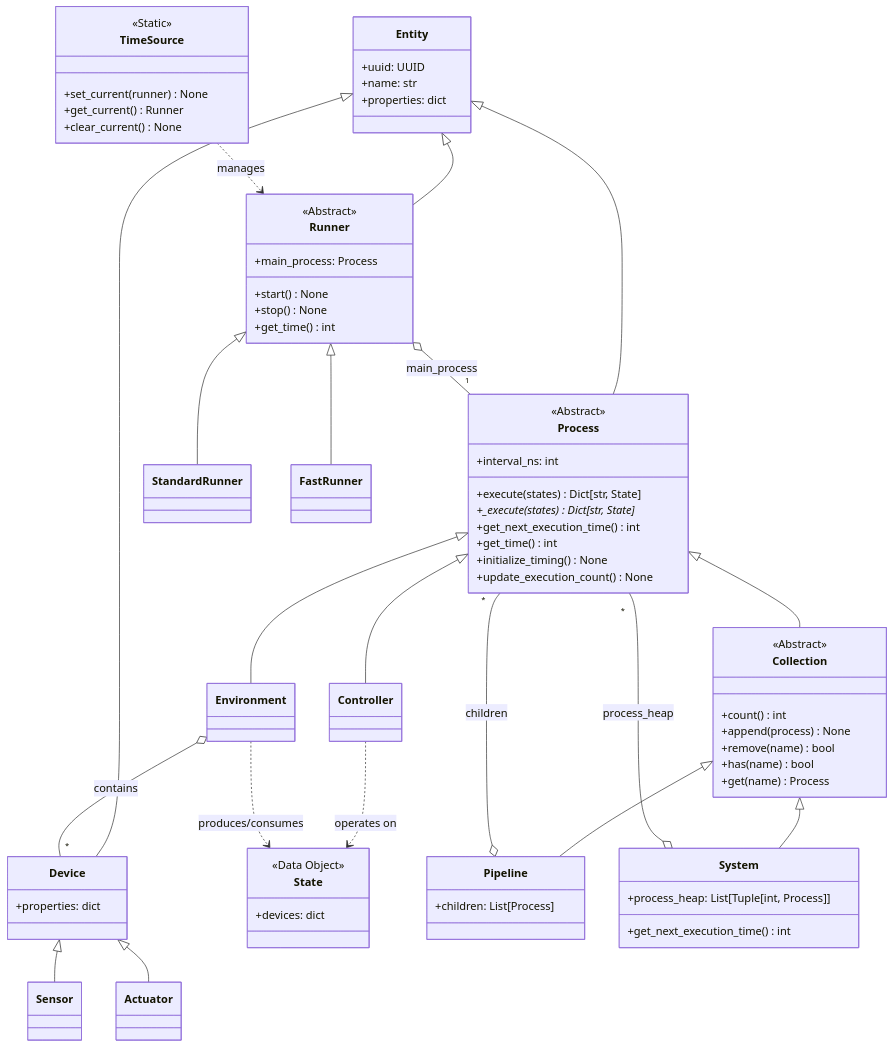
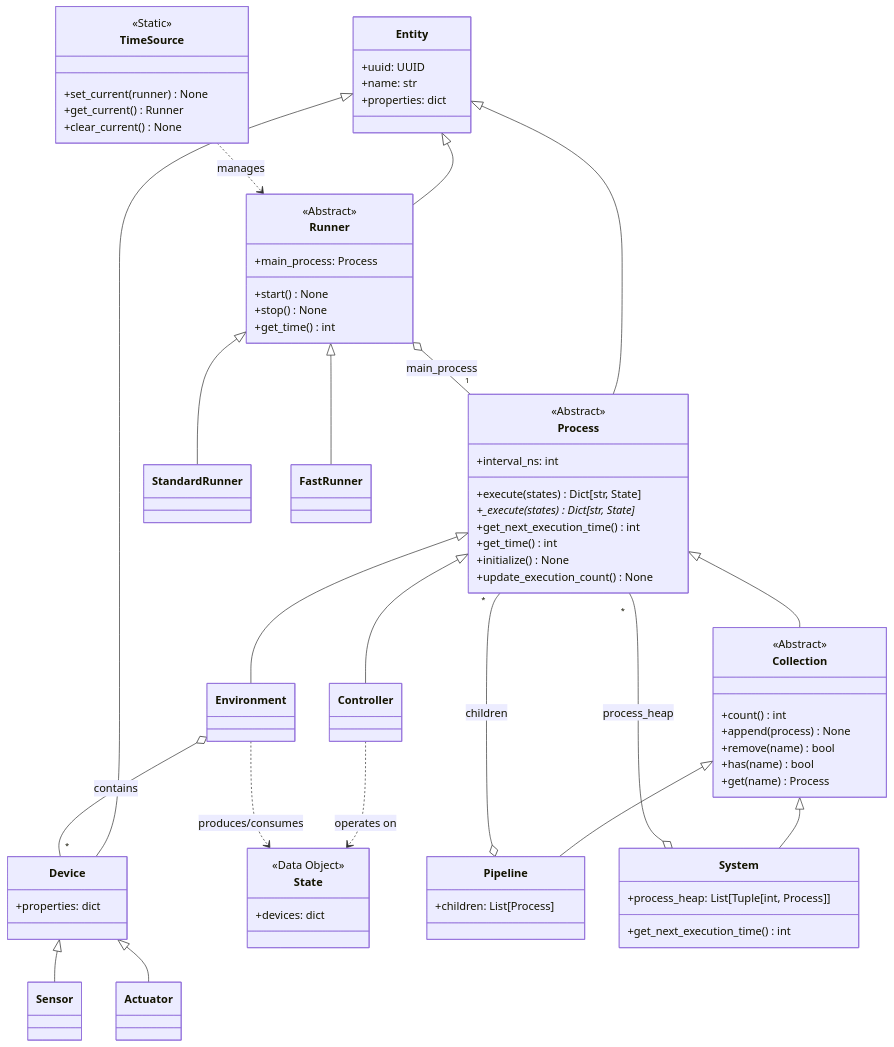
Before and after one commit to johnwbyrd/aifand: the diagram in doc/architecture.md, drawn with Mermaid. The commit also changed other lines of this file and 7 other files, not shown here.

First line of the commit message:
Rename initialize_timing() to initialize()

````diff
--- a/doc/architecture.md
+++ b/doc/architecture.md
@@ -101,80 +101,80 @@
 ```mermaid
 classDiagram
     class Entity {
         +uuid: UUID
         +name: str
         +properties: dict
     }
     class Device {
         +properties: dict
     }
     class Sensor
     class Actuator
     class State {
         <<Data Object>>
         +devices: dict
     }
     class Process {
         <<Abstract>>
         +execute(states) Dict[str, State]
         +_execute(states) Dict[str, State]*
         +interval_ns: int
         +get_next_execution_time() int
         +get_time() int
-        +initialize_timing() None
+        +initialize() None
         +update_execution_count() None
     }
     class Collection {
         <<Abstract>>
         +count() int
         +append(process) None
         +remove(name) bool
         +has(name) bool
         +get(name) Process
     }
     class Controller
     class Environment
     class Pipeline {
         +children: List[Process]
     }
     class System {
         +process_heap: List[Tuple[int, Process]]
         +get_next_execution_time() int
     }
     class Runner {
         <<Abstract>>
         +main_process: Process
         +start() None
         +stop() None
         +get_time() int
     }
     class StandardRunner
     class FastRunner
     class TimeSource {
         <<Static>>
         +set_current(runner) None
         +get_current() Runner
         +clear_current() None
     }
 
     Entity <|-- Device
     Entity <|-- Process
     Entity <|-- Runner
     Device <|-- Sensor
     Device <|-- Actuator
     Process <|-- Collection
     Process <|-- Controller
     Process <|-- Environment
     Collection <|-- Pipeline
     Collection <|-- System
     Runner <|-- StandardRunner
     Runner <|-- FastRunner
 
     Pipeline o-- "*" Process : children
     System o-- "*" Process : process_heap
     Runner o-- "1" Process : main_process
     Environment o-- "*" Device : contains
     Controller ..> State : operates on
     Environment ..> State : produces/consumes
     TimeSource ..> Runner : manages
 ```
````
